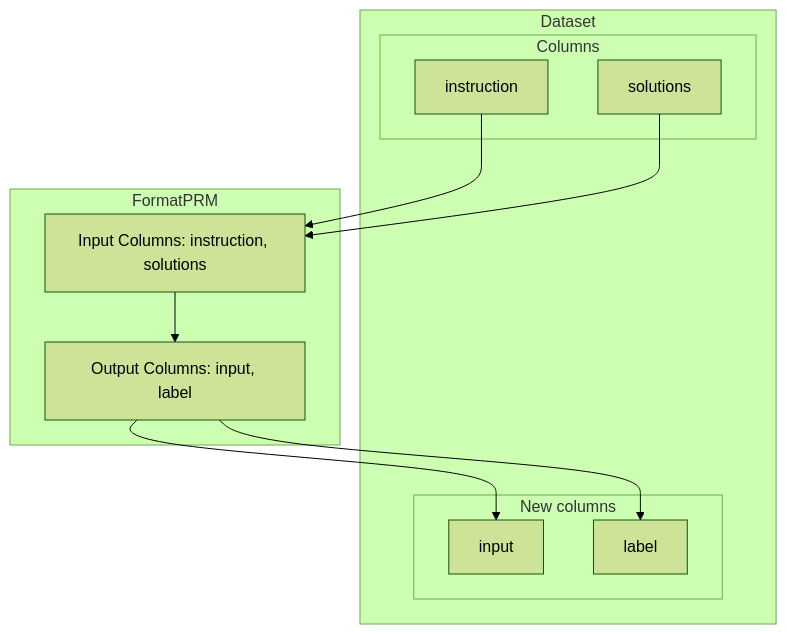
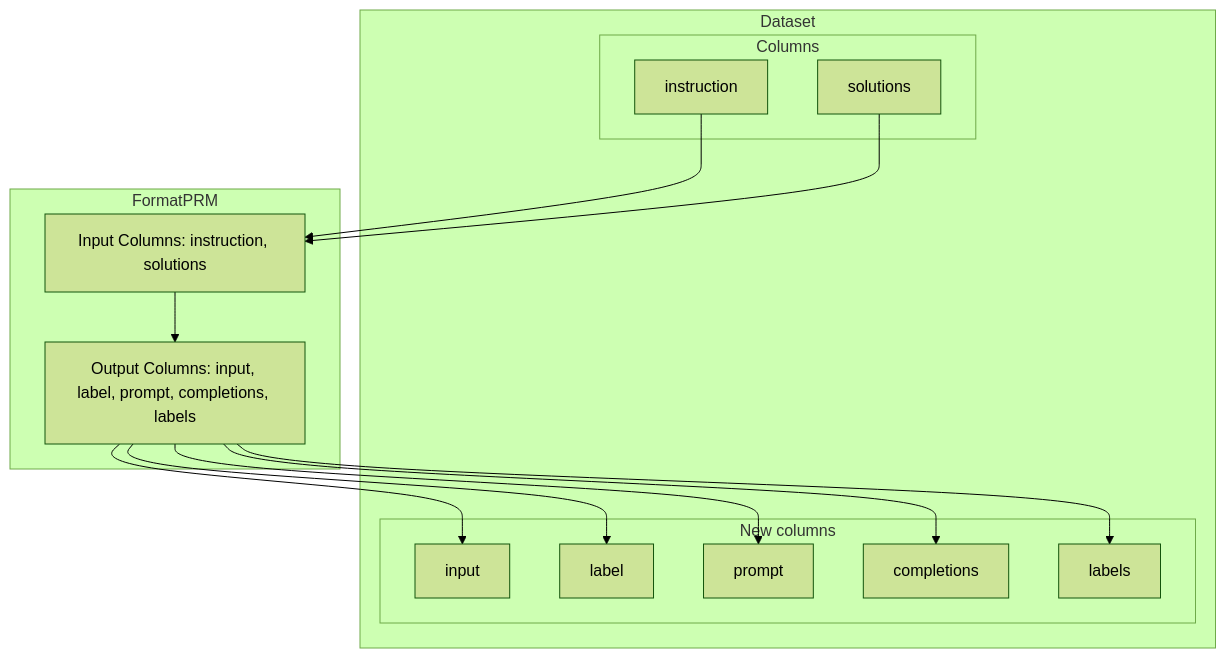
Before and after one commit to argilla-io/distilabel: the diagram in pr-1052/components-gallery/steps/formatprm.md, drawn with Mermaid (forest theme). The commit also changed other lines of this file and 4 other files, not shown here.

````diff
--- a/pr-1052/components-gallery/steps/formatprm.md
+++ b/pr-1052/components-gallery/steps/formatprm.md
@@ -25,25 +30,31 @@
 ``` mermaid
 graph TD
 	subgraph Dataset
 		subgraph Columns
 			ICOL0[instruction]
 			ICOL1[solutions]
 		end
 		subgraph New columns
 			OCOL0[input]
 			OCOL1[label]
+			OCOL2[prompt]
+			OCOL3[completions]
+			OCOL4[labels]
 		end
 	end
 
 	subgraph FormatPRM
 		StepInput[Input Columns: instruction, solutions]
-		StepOutput[Output Columns: input, label]
+		StepOutput[Output Columns: input, label, prompt, completions, labels]
 	end
 
 	ICOL0 --> StepInput
 	ICOL1 --> StepInput
 	StepOutput --> OCOL0
 	StepOutput --> OCOL1
+	StepOutput --> OCOL2
+	StepOutput --> OCOL3
+	StepOutput --> OCOL4
 	StepInput --> StepOutput
 
 ```
````
